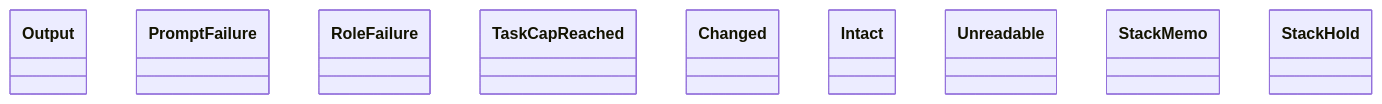
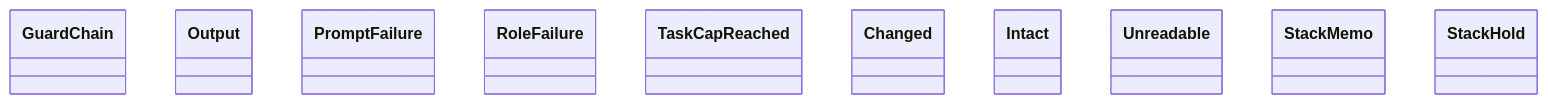
The diagram in docs/architecture/generated/classes-process-application-support-8.md (GonzaloZevallos/agentic-system), drawn with Mermaid before and after one commit. The commit also changed other lines of this file and 23 other files, not shown here.

````diff
--- a/docs/architecture/generated/classes-process-application-support-8.md
+++ b/docs/architecture/generated/classes-process-application-support-8.md
@@ -20,12 +20,13 @@
 ```mermaid
 classDiagram
+    class run_role__GuardChain["GuardChain"]
     class run_role__Output["Output"]
     class run_role__PromptFailure["PromptFailure"]
     class run_role__RoleFailure["RoleFailure"]
     class run_role__TaskCapReached["TaskCapReached"]
     class spec_guard__Changed["Changed"]
     class spec_guard__Intact["Intact"]
     class spec_guard__Unreadable["Unreadable"]
     class stack_facts__StackMemo["StackMemo"]
     class stack_hold__StackHold["StackHold"]
 ```
````
